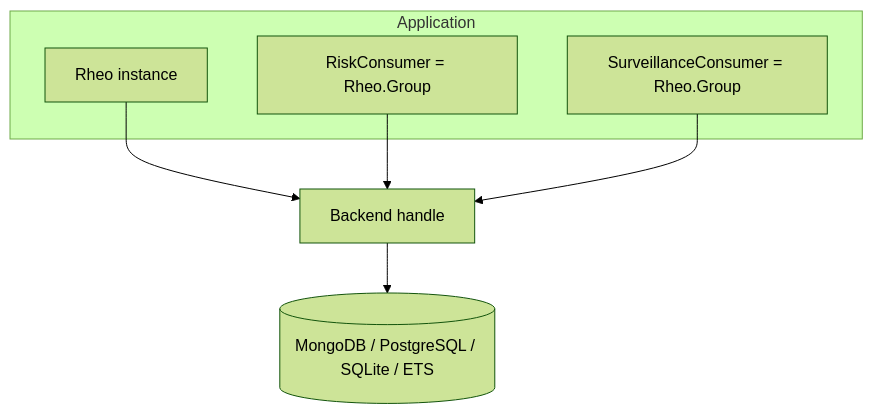
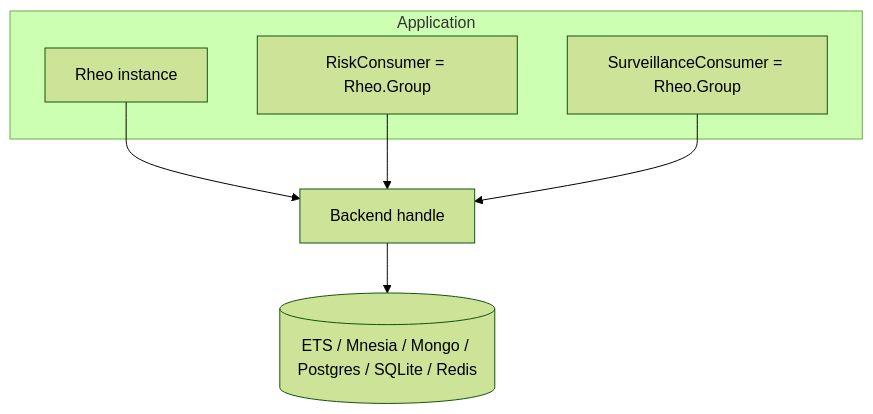
Before and after one commit to thanos/rheo: the first of 8 diagrams in docs/diagrams.md, drawn with Mermaid (forest theme). The commit also changed 18 other files, not shown here.

````diff
--- a/docs/diagrams.md
+++ b/docs/diagrams.md
@@ -8,12 +8,12 @@
 ```mermaid
 flowchart TB
   subgraph app [Application]
     RheoInst[Rheo instance]
     Risk[RiskConsumer = Rheo.Group]
     Surv[SurveillanceConsumer = Rheo.Group]
   end
   RheoInst --> BackendChild[Backend handle]
   Risk --> BackendChild
   Surv --> BackendChild
-  BackendChild --> DB[(MongoDB / PostgreSQL / SQLite / ETS)]
+  BackendChild --> DB[(ETS / Mnesia / Mongo / Postgres / SQLite / Redis)]
 ```
````
